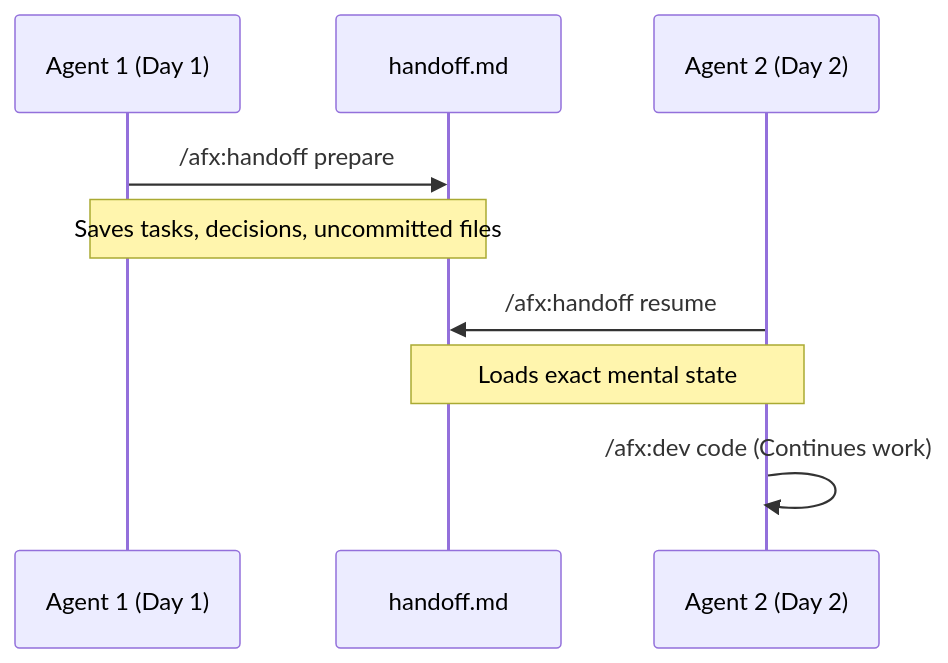
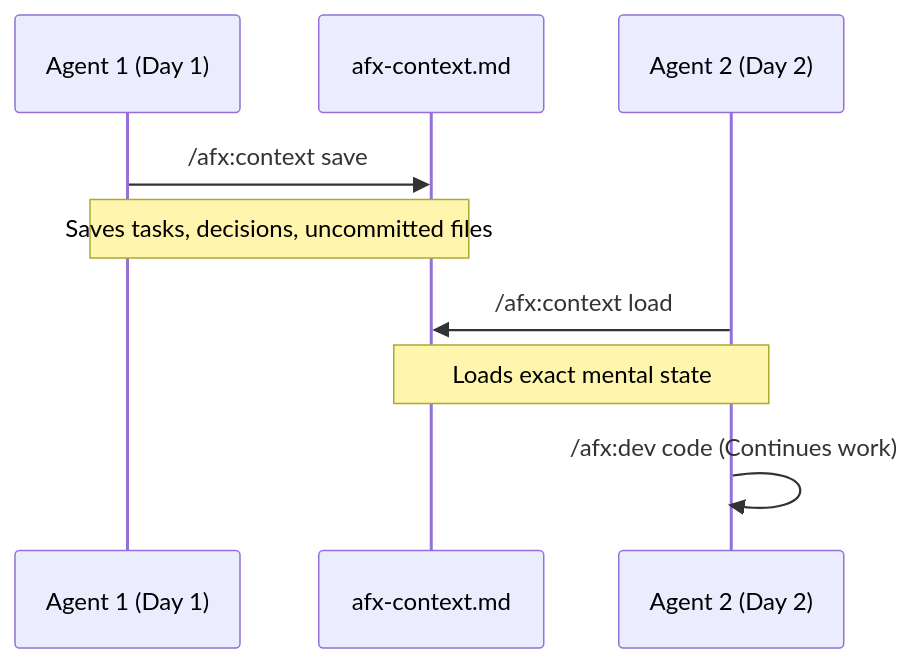
One commit to rixrix/afx changed the fifth of 9 diagrams in README.md. Above: the diagram before and after it, drawn with Mermaid. The commit also changed other lines of this file and 18 other files, not shown here.

````diff
--- a/README.md
+++ b/README.md
@@ -93,12 +93,12 @@
 ```mermaid
 sequenceDiagram
     participant A as Agent 1 (Day 1)
-    participant H as handoff.md
+    participant H as afx-context.md
     participant B as Agent 2 (Day 2)
 
-    A->>H: /afx:handoff prepare
+    A->>H: /afx:context save
     Note over A,H: Saves tasks, decisions, uncommitted files
-    B->>H: /afx:handoff resume
+    B->>H: /afx:context load
     Note over H,B: Loads exact mental state
     B->>B: /afx:dev code (Continues work)
 ```
````
